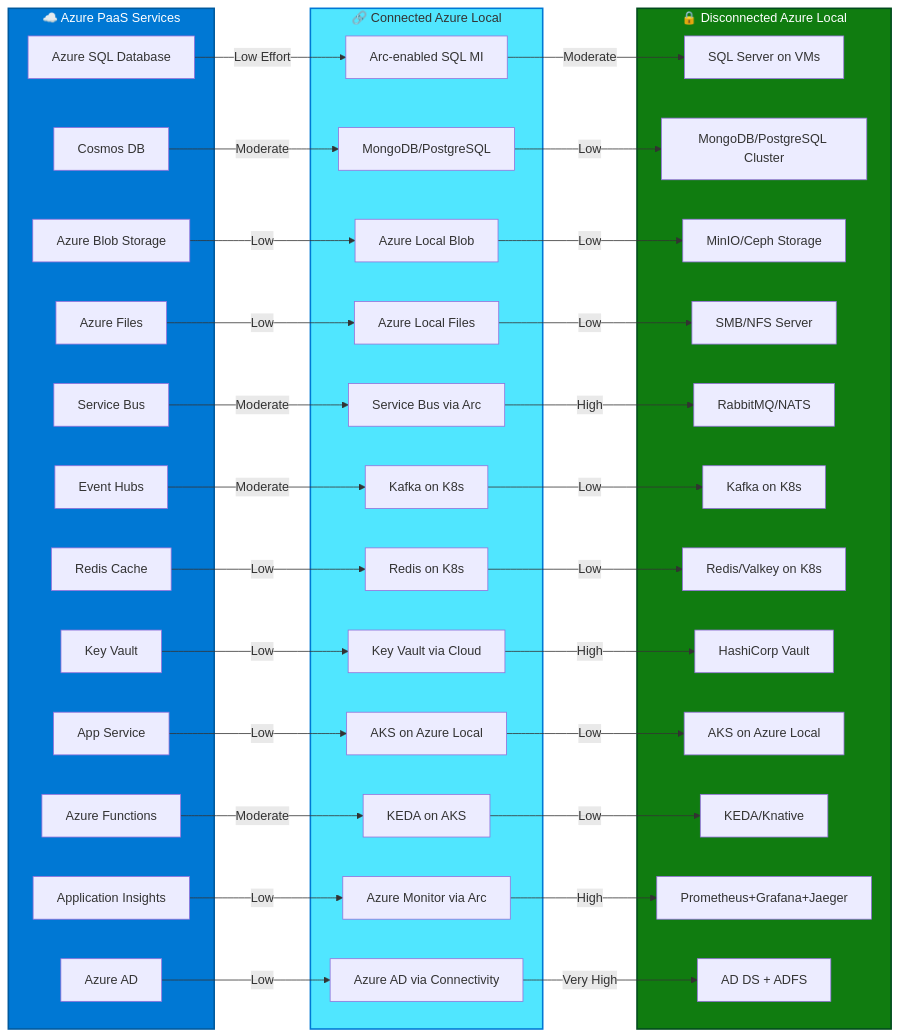
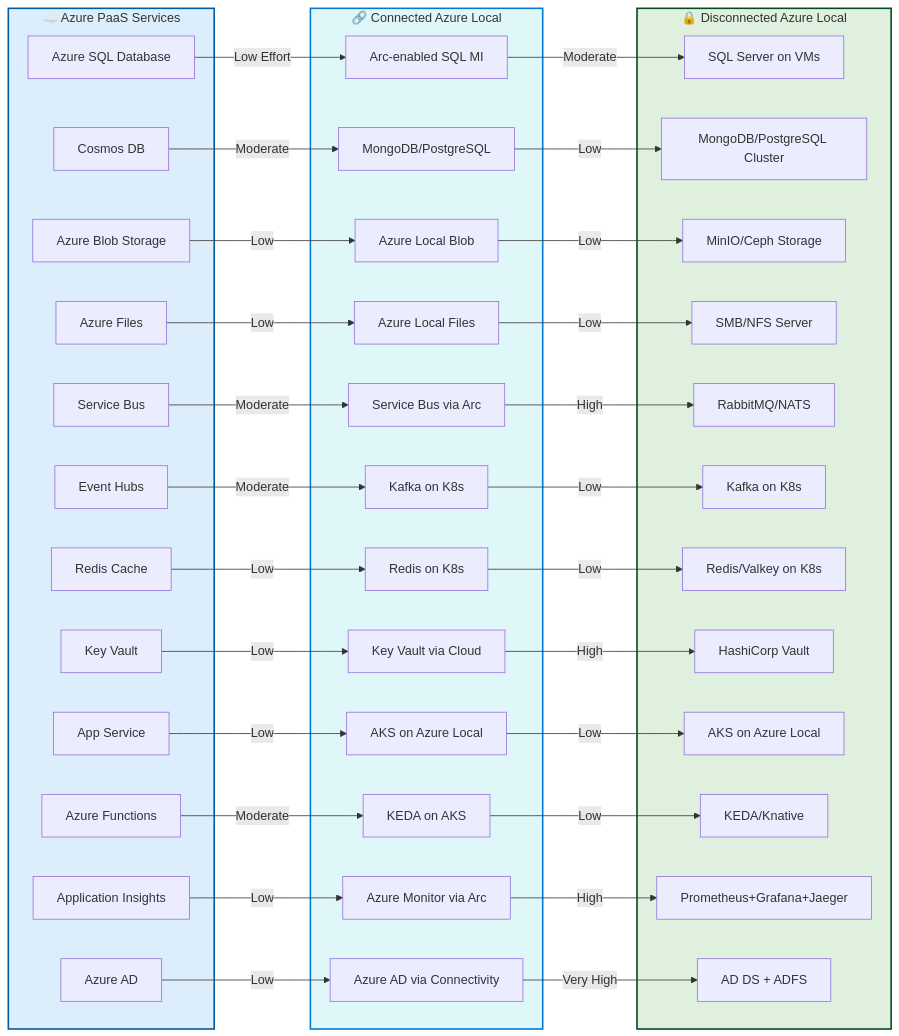
The second of 2 diagrams in docs/06-cloud-exit-scenarios/01-assessment.md (EmeaAppGbb/AzureHybridContinuumCookBook), drawn with Mermaid before and after one commit. The commit also changed 28 other files, not shown here.

First line of the commit message:
Fix Mermaid diagram readability: use light pastel subgraph backgrounds

````diff
--- a/docs/06-cloud-exit-scenarios/01-assessment.md
+++ b/docs/06-cloud-exit-scenarios/01-assessment.md
@@ -214,76 +214,76 @@
 ```mermaid
 graph LR
     subgraph Azure["☁️ Azure PaaS Services"]
         AzureSQL[Azure SQL Database]
         CosmosDB[Cosmos DB]
         BlobStorage[Azure Blob Storage]
         AzureFiles[Azure Files]
         ServiceBus[Service Bus]
         EventHubs[Event Hubs]
         RedisCache[Redis Cache]
         KeyVault[Key Vault]
         AppService[App Service]
         Functions[Azure Functions]
         AppInsights[Application Insights]
         AzureAD[Azure AD]
     end
     
     subgraph Connected["🔗 Connected Azure Local"]
         ArcSQL[Arc-enabled SQL MI]
         MongoDB1[MongoDB/PostgreSQL]
         AzLocalBlob[Azure Local Blob]
         AzLocalFiles[Azure Local Files]
         SBusArc[Service Bus via Arc]
         Kafka1[Kafka on K8s]
         Redis1[Redis on K8s]
         KVCloud[Key Vault via Cloud]
         AKS1[AKS on Azure Local]
         KEDA1[KEDA on AKS]
         AzMonitor[Azure Monitor via Arc]
         AzADConn[Azure AD via Connectivity]
     end
     
     subgraph Disconnected["🔒 Disconnected Azure Local"]
         SQLServer[SQL Server on VMs]
         MongoDB2[MongoDB/PostgreSQL Cluster]
         MinIO[MinIO/Ceph Storage]
         SMB[SMB/NFS Server]
         RabbitMQ[RabbitMQ/NATS]
         Kafka2[Kafka on K8s]
         Redis2[Redis/Valkey on K8s]
         Vault[HashiCorp Vault]
         AKS2[AKS on Azure Local]
         KEDA2[KEDA/Knative]
         PromGraf[Prometheus+Grafana+Jaeger]
         ADDS[AD DS + ADFS]
     end
     
     AzureSQL -->|Low Effort| ArcSQL
     ArcSQL -->|Moderate| SQLServer
     CosmosDB -->|Moderate| MongoDB1
     MongoDB1 -->|Low| MongoDB2
     BlobStorage -->|Low| AzLocalBlob
     AzLocalBlob -->|Low| MinIO
     AzureFiles -->|Low| AzLocalFiles
     AzLocalFiles -->|Low| SMB
     ServiceBus -->|Moderate| SBusArc
     SBusArc -->|High| RabbitMQ
     EventHubs -->|Moderate| Kafka1
     Kafka1 -->|Low| Kafka2
     RedisCache -->|Low| Redis1
     Redis1 -->|Low| Redis2
     KeyVault -->|Low| KVCloud
     KVCloud -->|High| Vault
     AppService -->|Low| AKS1
     AKS1 -->|Low| AKS2
     Functions -->|Moderate| KEDA1
     KEDA1 -->|Low| KEDA2
     AppInsights -->|Low| AzMonitor
     AzMonitor -->|High| PromGraf
     AzureAD -->|Low| AzADConn
     AzADConn -->|Very High| ADDS
     
-    style Azure fill:#0078d4,stroke:#005a9e,stroke-width:2px,color:#fff
-    style Connected fill:#50e6ff,stroke:#0078d4,stroke-width:2px
-    style Disconnected fill:#107c10,stroke:#004b1c,stroke-width:2px,color:#fff
+    style Azure fill:#dceefb,stroke:#005a9e,stroke-width:2px
+    style Connected fill:#e0f7fa,stroke:#0078d4,stroke-width:2px
+    style Disconnected fill:#dff0df,stroke:#004b1c,stroke-width:2px
 ```
````
